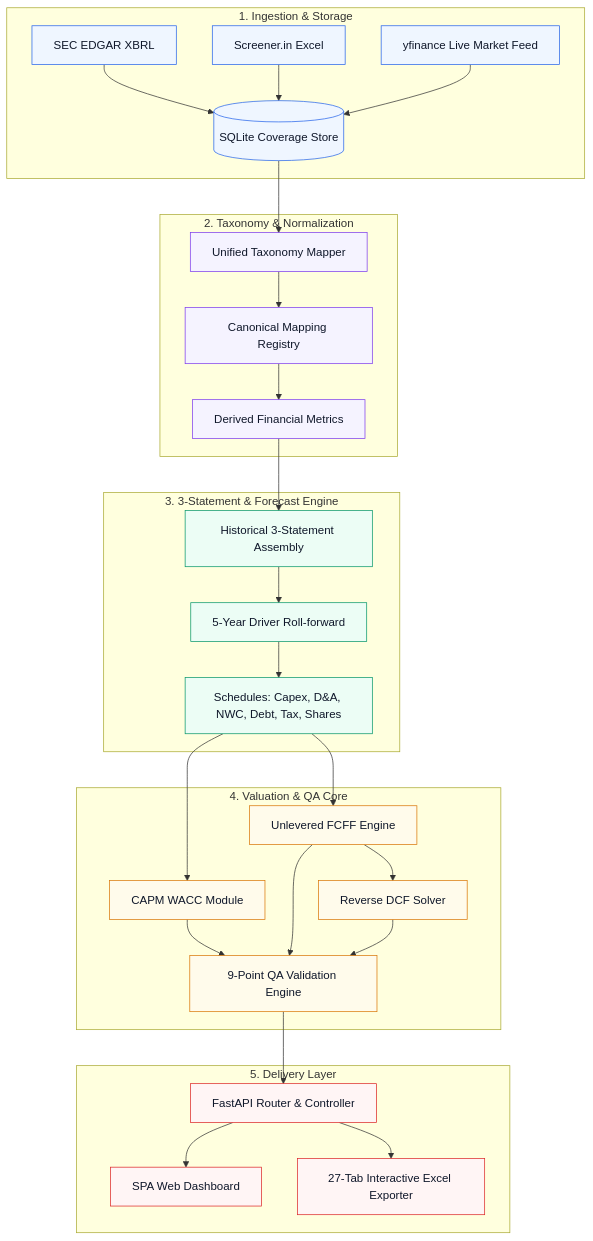
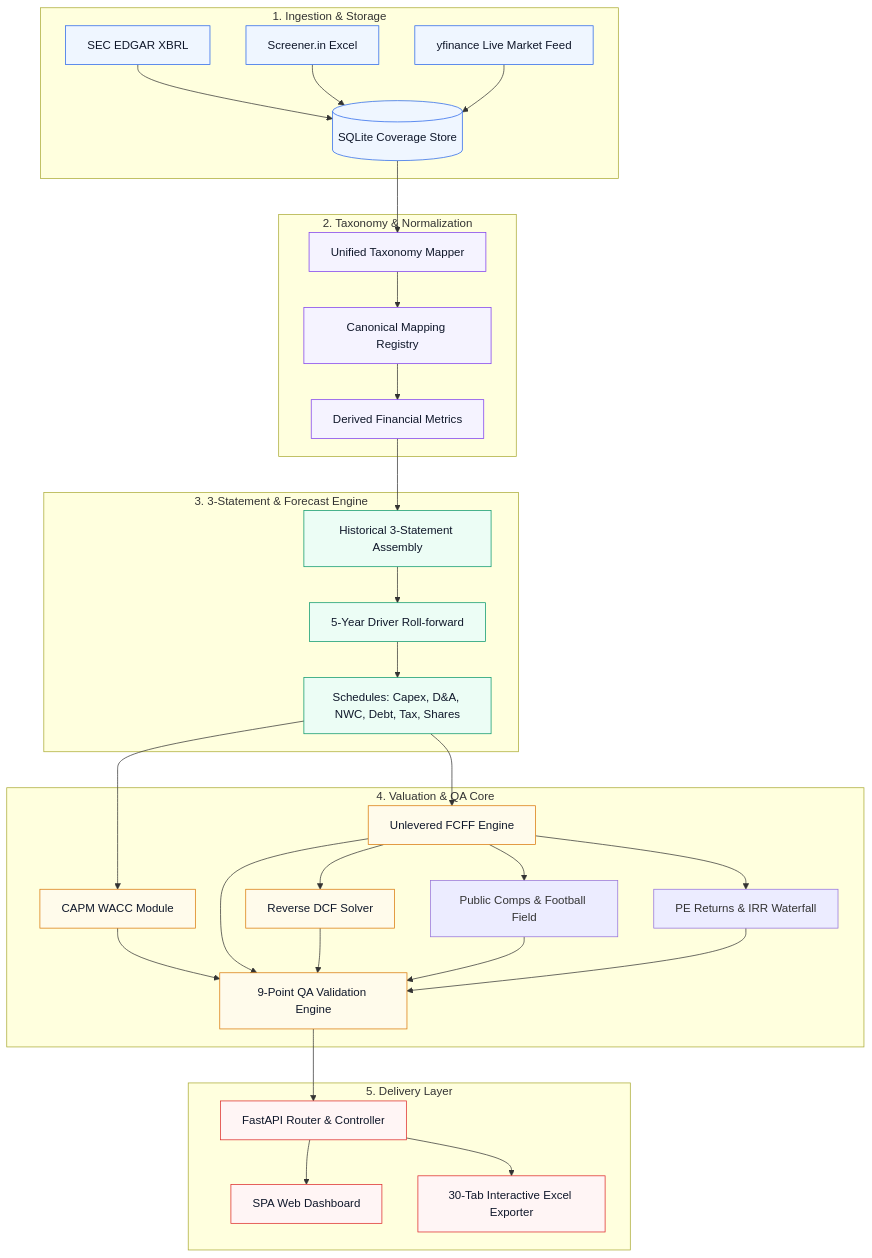
Before and after one commit to karbburn/Valence: the diagram in README.md, drawn with Mermaid. The commit also changed other lines of this file and 1 other file, not shown here.

Commit message:
style(export): remove emojis for professional institutional formatting and update README.md

````diff
--- a/README.md
+++ b/README.md
@@ -25,58 +27,60 @@
 ```mermaid
 flowchart TB
     subgraph Ingestion["1. Ingestion & Storage"]
         A1[SEC EDGAR XBRL]
         A2[Screener.in Excel]
         A3[yfinance Live Market Feed]
         Store[(SQLite Coverage Store)]
         A1 & A2 & A3 --> Store
     end
 
     subgraph Normalization["2. Taxonomy & Normalization"]
         Mapping[Unified Taxonomy Mapper]
         Canonical[Canonical Mapping Registry]
         Derivation[Derived Financial Metrics]
         Store --> Mapping
         Mapping --> Canonical
         Canonical --> Derivation
     end
 
     subgraph CoreEngine["3. 3-Statement & Forecast Engine"]
         Hist[Historical 3-Statement Assembly]
         Fcst[5-Year Driver Roll-forward]
         Schedules[Schedules: Capex, D&A, NWC, Debt, Tax, Shares]
         Derivation --> Hist
         Hist --> Fcst
         Fcst --> Schedules
     end
 
     subgraph ValuationQA["4. Valuation & QA Core"]
         WACC[CAPM WACC Module]
         DCF[Unlevered FCFF Engine]
         Reverse[Reverse DCF Solver]
+        Comps[Public Comps & Football Field]
+        Returns[PE Returns & IRR Waterfall]
         QA[9-Point QA Validation Engine]
         Schedules --> WACC & DCF
-        DCF --> Reverse
-        WACC & DCF & Reverse --> QA
+        DCF --> Reverse & Comps & Returns
+        WACC & DCF & Reverse & Comps & Returns --> QA
     end
 
     subgraph Delivery["5. Delivery Layer"]
         API[FastAPI Router & Controller]
         Web[SPA Web Dashboard]
-        Excel[27-Tab Interactive Excel Exporter]
+        Excel[30-Tab Interactive Excel Exporter]
         QA --> API
         API --> Web
         API --> Excel
     end
 
     classDef ing fill:#EFF6FF,stroke:#2563EB,stroke-width:1px,color:#0f172a;
     classDef norm fill:#F5F3FF,stroke:#7C3AED,stroke-width:1px,color:#0f172a;
     classDef core fill:#ECFDF5,stroke:#059669,stroke-width:1px,color:#0f172a;
     classDef val fill:#FFFBEB,stroke:#D97706,stroke-width:1px,color:#0f172a;
     classDef del fill:#FFF5F5,stroke:#DC2626,stroke-width:1px,color:#0f172a;
     class A1,A2,A3,Store ing;
     class Mapping,Canonical,Derivation norm;
     class Hist,Fcst,Schedules core;
     class WACC,DCF,Reverse,QA val;
     class API,Web,Excel del;
 ```
````
